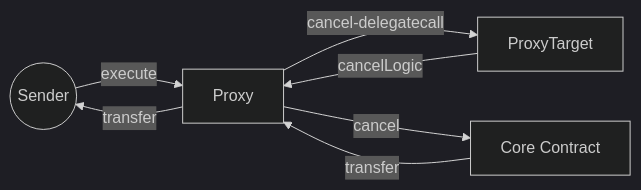
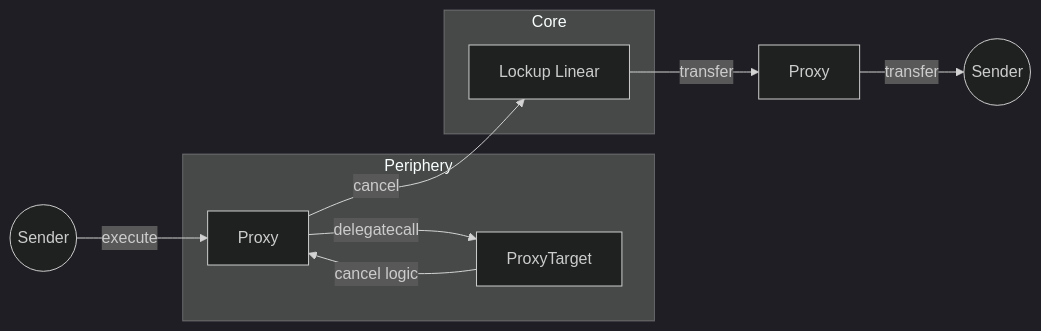
One commit to sablier-labs/docs changed the seventh of 8 diagrams in docs/contracts/v2/reference/02-diagrams.md. Above: the diagram before and after it, drawn with Mermaid (dark theme). The commit also changed other lines of this file, not shown here.

Commit message:
perf: polish diagrams

````diff
--- a/docs/contracts/v2/reference/02-diagrams.md
+++ b/docs/contracts/v2/reference/02-diagrams.md
@@ -165,14 +169,20 @@
 ```mermaid
 flowchart LR
   S((Sender))
-  P[Proxy]
-  PT[ProxyTarget]
-  CC[Core Contract]
+  subgraph Periphery
+    P[Proxy]
+    PT[ProxyTarget]
+  end
+  subgraph Core
+    LL[Lockup Linear]
+  end
+  PEnd[Proxy]
+  SEnd((Sender))
 
   S -- "execute" --> P
-  P -- "cancel-delegatecall" --> PT
-  PT -- "cancelLogic" --> P
-  P -- "cancel" --> CC
-  CC -- "transfer" --> P
-  P -- "transfer" --> S
+  P -- "delegatecall" --> PT
+  PT -- "cancel logic" --> P
+  P -- "cancel" --> LL
+  LL -- "transfer" --> PEnd
+  PEnd -- "transfer" --> SEnd
 ```
````
